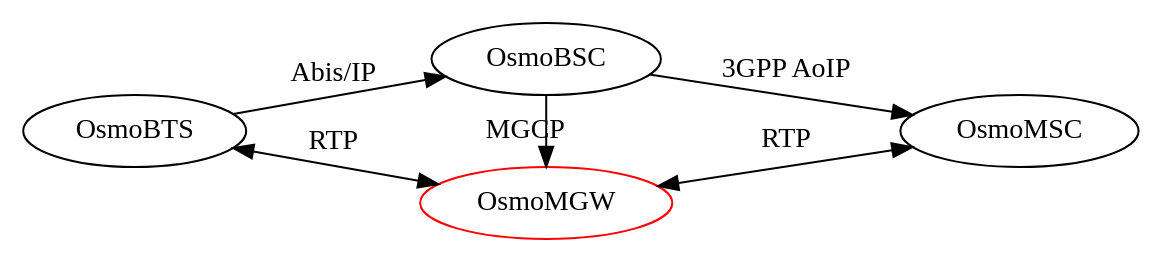
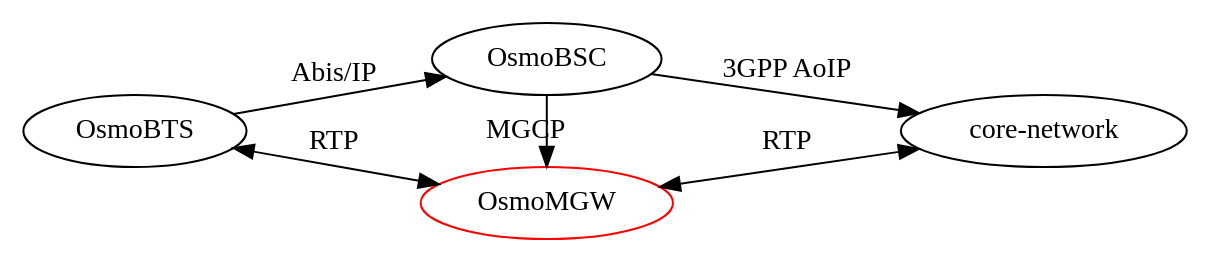
The first of 2 diagrams in doc/manuals/chapters/overview.adoc (osmocom/osmo-mgw), drawn with Graphviz before and after one commit.

Commit message:
overview: fix graph "OsmoMGW used with OsmoBSC"
The graph "OsmoMGW used with OsmoBSC" shows an RTP and 3GPP AoIP going
to OsmoMSC, this is technically wrong since osmoMSC has no RTP proxy
functionality whatsoever. Since the graph is not so much about OsmoMSC
it makes more sense to label OsmoMSC with "core-network", then it makes
sense and correctly highlights the role of osmo-mgw on the BSS side.

```diff
--- a/doc/manuals/chapters/overview.adoc
+++ b/doc/manuals/chapters/overview.adoc
@@ -19,13 +19,13 @@
 [graphviz]
 ----
 digraph G {
     rankdir = LR;
     OsmoBTS -> OsmoBSC [label="Abis/IP"];
-    OsmoBSC -> OsmoMSC [label="3GPP AoIP"];
+    OsmoBSC -> "core-network" [label="3GPP AoIP"];
     OsmoBSC -> OsmoMGW [label="MGCP"];
     OsmoBTS -> OsmoMGW [label="RTP",dir=both];
-    OsmoMGW -> OsmoMSC [label="RTP",dir=both];
+    OsmoMGW -> "core-network" [label="RTP",dir=both];
     {rank=same OsmoBSC OsmoMGW}
     OsmoMGW [color=red];
 }
 ----
```
